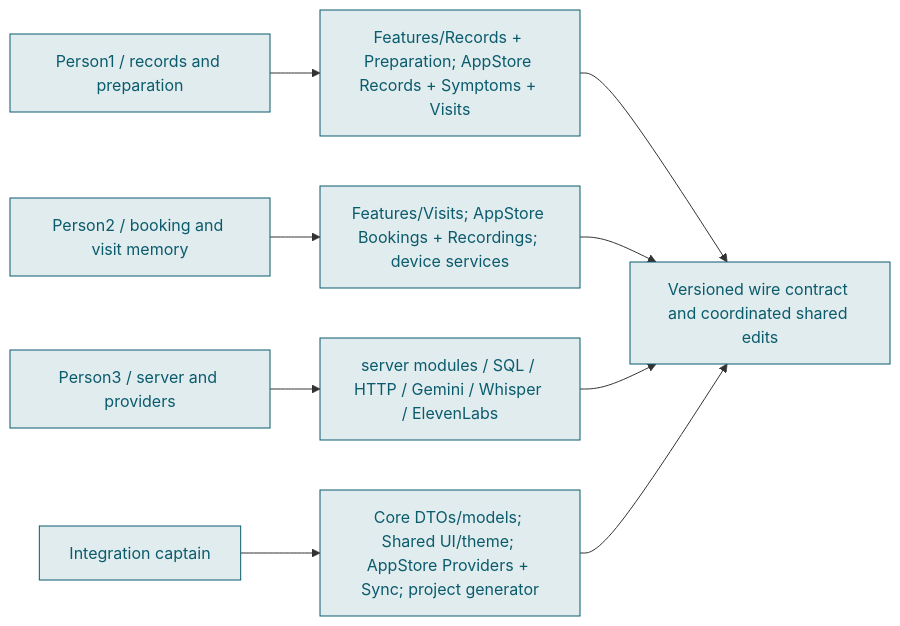
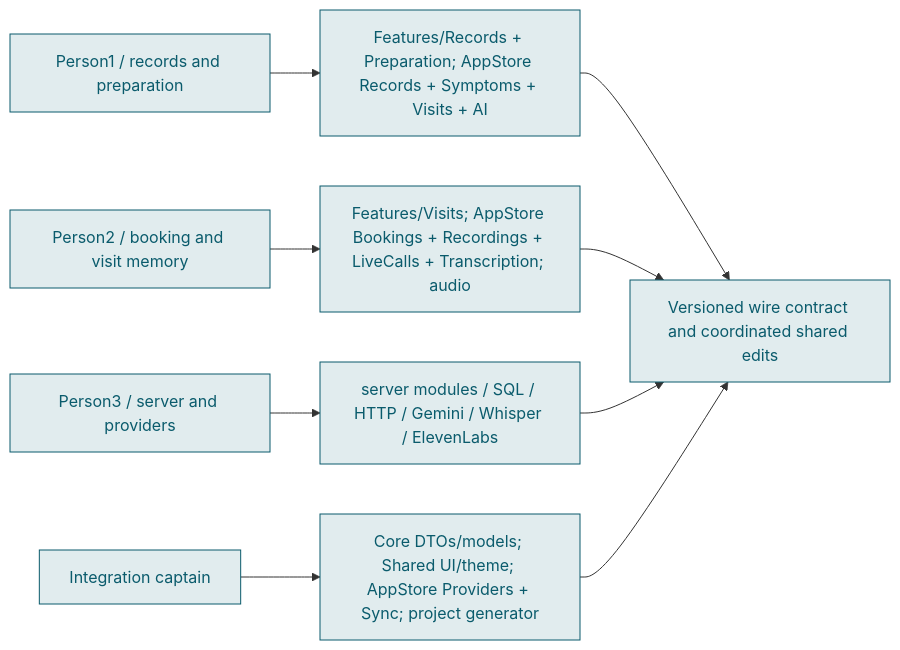
Before and after one commit to Siddiqui-R/2026_ricehackathon_medicine: the sixth of 6 diagrams in docs/architecture.md, drawn with Mermaid. The commit also changed other lines of this file and 18 other files, not shown here.

````diff
--- a/docs/architecture.md
+++ b/docs/architecture.md
@@ -191,13 +191,13 @@
 ```mermaid
 flowchart LR
-    P1["Person1 / records and preparation"] --> R["Features/Records + Preparation; AppStore Records + Symptoms + Visits"]
-    P2["Person2 / booking and visit memory"] --> V["Features/Visits; AppStore Bookings + Recordings; device services"]
+    P1["Person1 / records and preparation"] --> R["Features/Records + Preparation; AppStore Records + Symptoms + Visits + AI"]
+    P2["Person2 / booking and visit memory"] --> V["Features/Visits; AppStore Bookings + Recordings + LiveCalls + Transcription; audio"]
     P3["Person3 / server and providers"] --> S["server modules / SQL / HTTP / Gemini / Whisper / ElevenLabs"]
     CAP["Integration captain"] --> SHARED["Core DTOs/models; Shared UI/theme; AppStore Providers + Sync; project generator"]
     R --> CONTRACT["Versioned wire contract and coordinated shared edits"]
     V --> CONTRACT
     S --> CONTRACT
     SHARED --> CONTRACT
     classDef reva fill:#E1ECEE,stroke:#0A5B6C,color:#0A5B6C;
     class P1,P2,P3,R,V,S,CAP,SHARED,CONTRACT reva;
 ```
````
